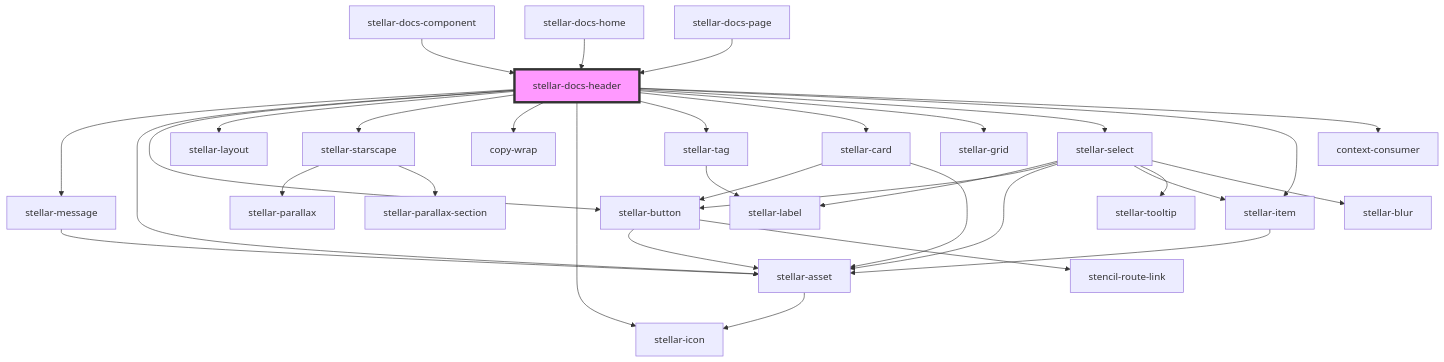
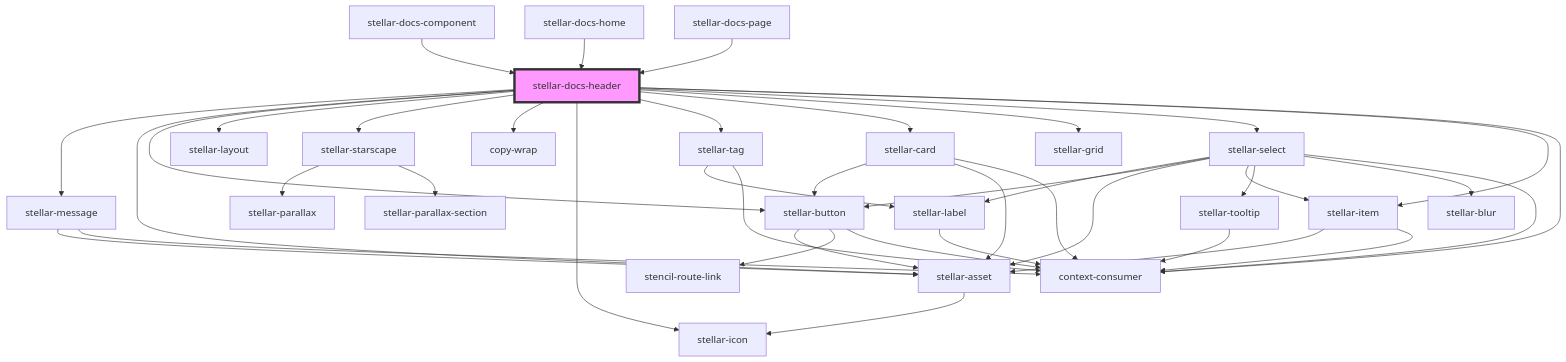
Before and after one commit to splitinfinities/Stellar: the diagram in src/components/docs/header/readme.md, drawn with Mermaid. The commit also changed 44 other files, not shown here.

````diff
--- a/src/components/docs/header/readme.md
+++ b/src/components/docs/header/readme.md
@@ -46,36 +46,44 @@
 ```mermaid
 graph TD;
   stellar-docs-header --> stellar-message
   stellar-docs-header --> stellar-asset
   stellar-docs-header --> stellar-button
   stellar-docs-header --> stellar-layout
   stellar-docs-header --> stellar-starscape
   stellar-docs-header --> copy-wrap
   stellar-docs-header --> stellar-icon
   stellar-docs-header --> stellar-tag
   stellar-docs-header --> stellar-card
   stellar-docs-header --> stellar-grid
   stellar-docs-header --> stellar-select
   stellar-docs-header --> stellar-item
   stellar-docs-header --> context-consumer
   stellar-message --> stellar-asset
+  stellar-message --> context-consumer
   stellar-asset --> stellar-icon
   stellar-button --> stellar-asset
   stellar-button --> stencil-route-link
+  stellar-button --> context-consumer
   stellar-starscape --> stellar-parallax
   stellar-starscape --> stellar-parallax-section
   stellar-tag --> stellar-label
+  stellar-tag --> context-consumer
+  stellar-label --> context-consumer
   stellar-card --> stellar-button
   stellar-card --> stellar-asset
+  stellar-card --> context-consumer
   stellar-select --> stellar-label
   stellar-select --> stellar-button
   stellar-select --> stellar-asset
   stellar-select --> stellar-item
   stellar-select --> stellar-tooltip
   stellar-select --> stellar-blur
+  stellar-select --> context-consumer
   stellar-item --> stellar-asset
+  stellar-item --> context-consumer
+  stellar-tooltip --> context-consumer
   stellar-docs-component --> stellar-docs-header
   stellar-docs-home --> stellar-docs-header
   stellar-docs-page --> stellar-docs-header
   style stellar-docs-header fill:#f9f,stroke:#333,stroke-width:4px
 ```
````
